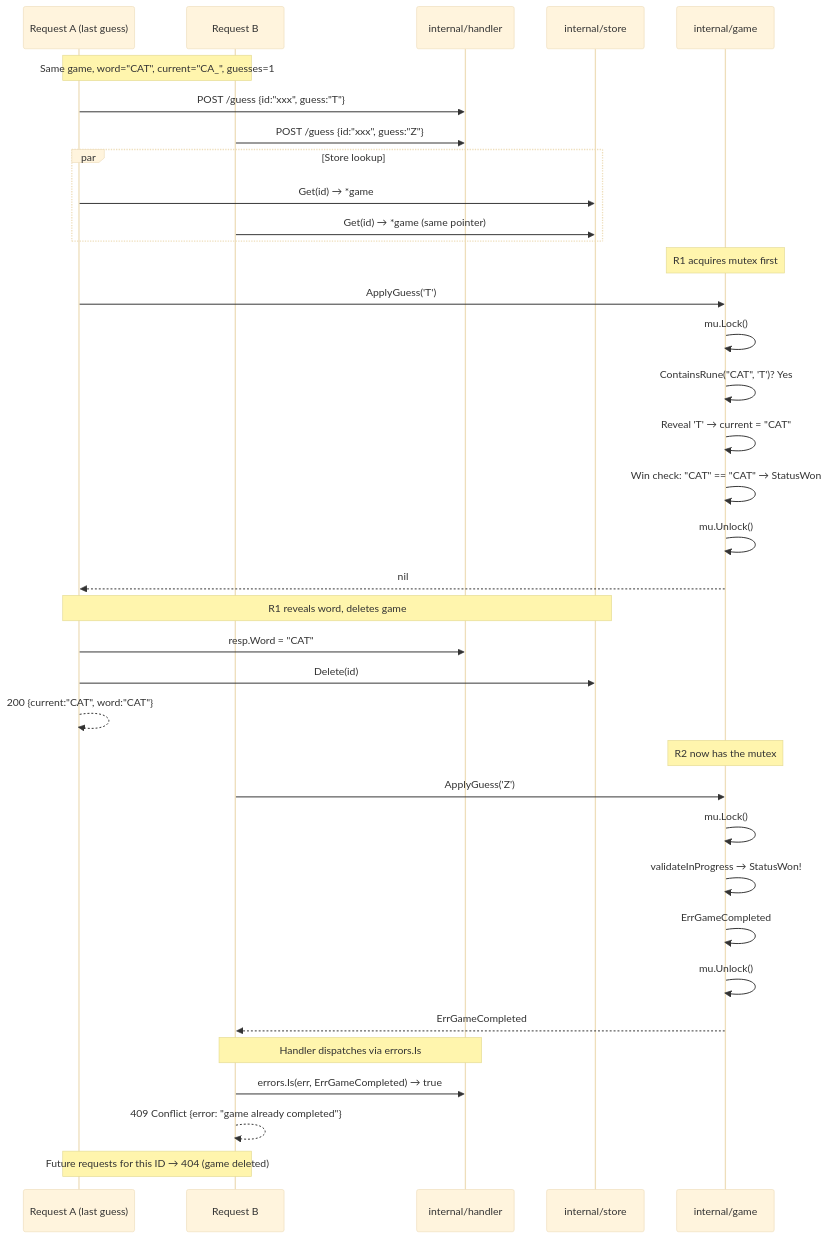
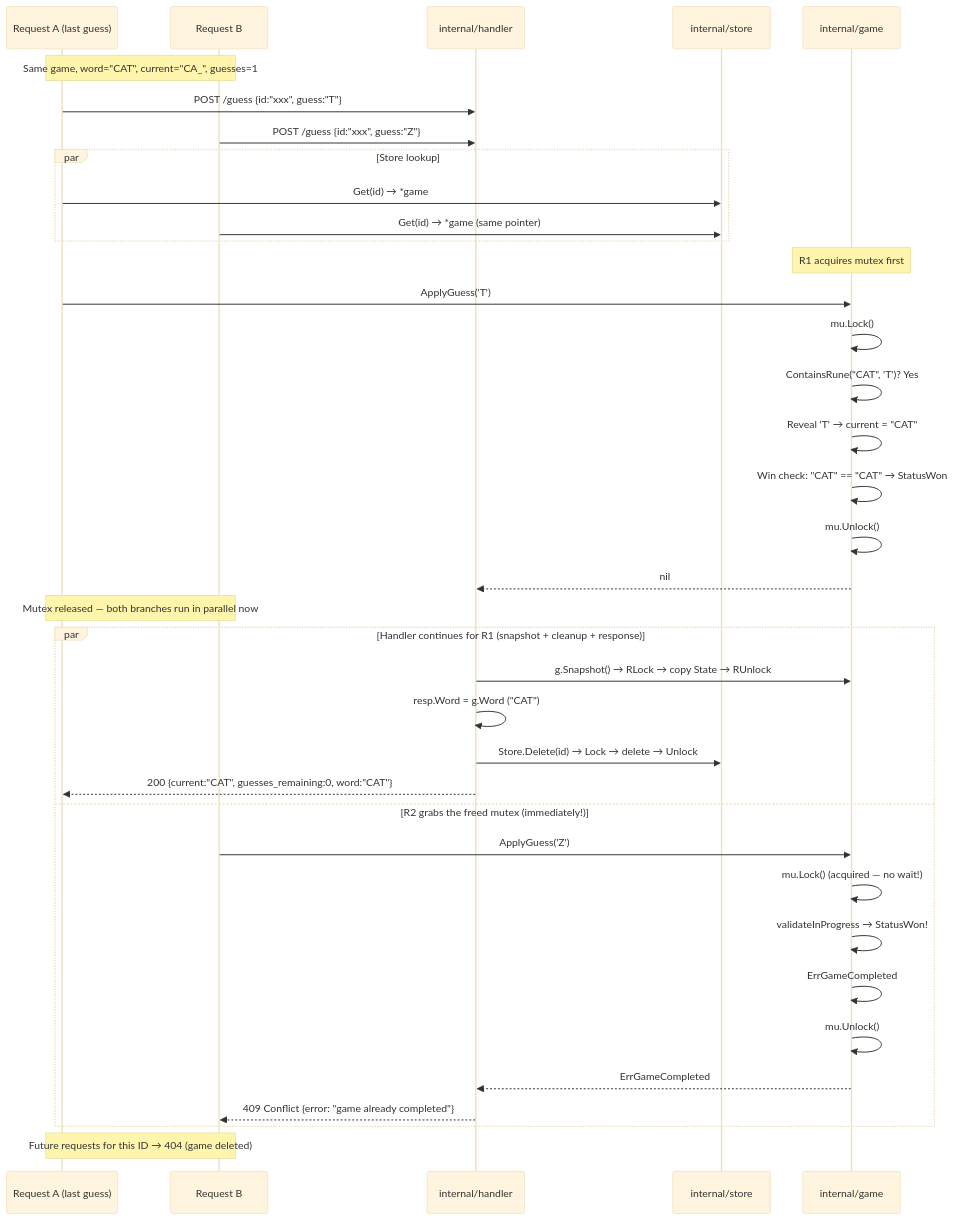
One commit to ajitm722/wordgame changed diagram 11 of 12 in docs.md. Above: the diagram before and after it, drawn with Mermaid (base theme). The commit also changed other lines of this file and 2 other files, not shown here.

Commit message:
Updating to RWMutex for the game struct

````diff
--- a/docs.md
+++ b/docs.md
@@ -674,46 +674,46 @@
 ```mermaid
 sequenceDiagram
     participant R1 as Request A (last guess)
     participant R2 as Request B
     participant Handler as internal/handler
     participant Store as internal/store
     participant Game as internal/game
 
     Note over R1,R2: Same game, word="CAT", current="CA_", guesses=1
 
     R1->>Handler: POST /guess {id:"xxx", guess:"T"}
     R2->>Handler: POST /guess {id:"xxx", guess:"Z"}
 
     par Store lookup
         R1->>Store: Get(id) → *game
         R2->>Store: Get(id) → *game (same pointer)
     end
 
     Note over Game: R1 acquires mutex first
     R1->>Game: ApplyGuess('T')
     Game->>Game: mu.Lock()
     Game->>Game: ContainsRune("CAT", 'T')? Yes
     Game->>Game: Reveal 'T' → current = "CAT"
     Game->>Game: Win check: "CAT" == "CAT" → StatusWon
     Game->>Game: mu.Unlock()
-    Game-->>R1: nil
+    Game-->>Handler: nil
 
-    Note over R1,Store: R1 reveals word, deletes game
-    R1->>Handler: resp.Word = "CAT"
-    R1->>Store: Delete(id)
-    R1-->>R1: 200 {current:"CAT", word:"CAT"}
+    Note over R1,R2: Mutex released — both branches run in parallel now
 
-    Note over Game: R2 now has the mutex
-    R2->>Game: ApplyGuess('Z')
-    Game->>Game: mu.Lock()
-    Game->>Game: validateInProgress → StatusWon!
-    Game->>Game: ErrGameCompleted
-    Game->>Game: mu.Unlock()
-    Game-->>R2: ErrGameCompleted
-
-    Note over R2,Handler: Handler dispatches via errors.Is
-    R2->>Handler: errors.Is(err, ErrGameCompleted) → true
-    R2-->>R2: 409 Conflict {error: "game already completed"}
+    par Handler continues for R1 (snapshot + cleanup + response)
+        Handler->>Game: g.Snapshot() → RLock → copy State → RUnlock
+        Handler->>Handler: resp.Word = g.Word ("CAT")
+        Handler->>Store: Store.Delete(id) → Lock → delete → Unlock
+        Handler-->>R1: 200 {current:"CAT", guesses_remaining:0, word:"CAT"}
+    and R2 grabs the freed mutex (immediately!)
+        R2->>Game: ApplyGuess('Z')
+        Game->>Game: mu.Lock() (acquired — no wait!)
+        Game->>Game: validateInProgress → StatusWon!
+        Game->>Game: ErrGameCompleted
+        Game->>Game: mu.Unlock()
+        Game-->>Handler: ErrGameCompleted
+        Handler-->>R2: 409 Conflict {error: "game already completed"}
+    end
 
     Note over R1,R2: Future requests for this ID → 404 (game deleted)
 ```
````
